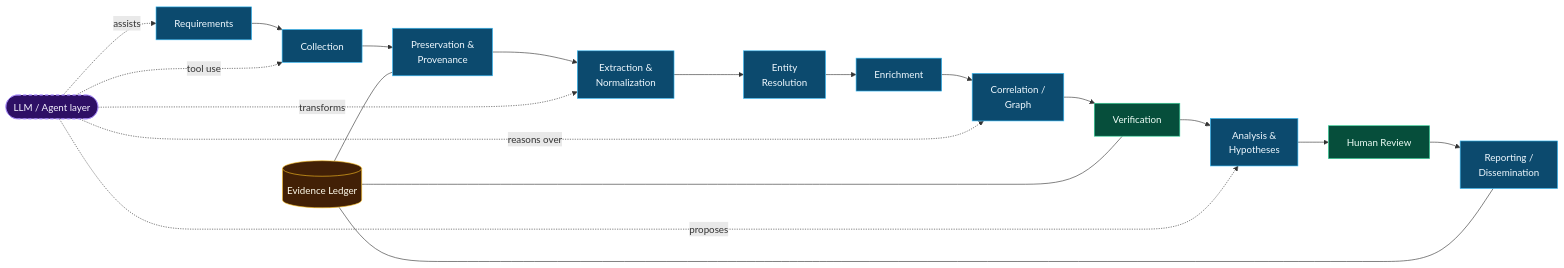
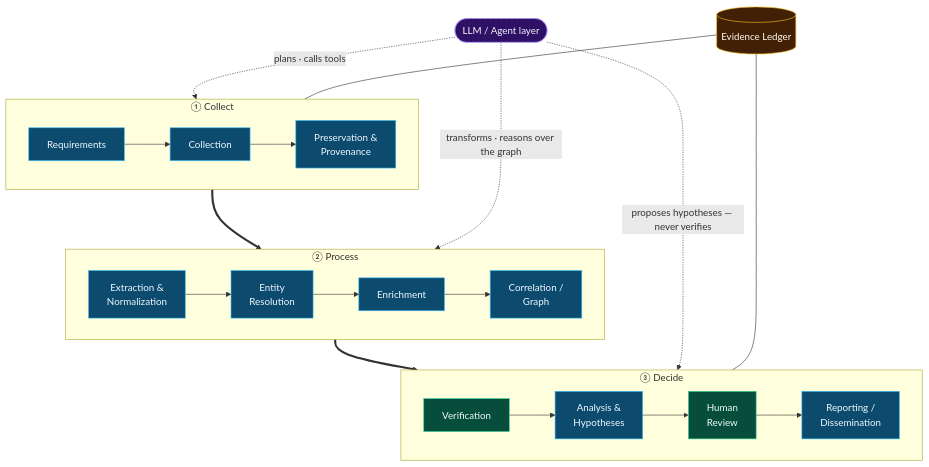
Before and after one commit to Ridd1kulusC0d3r/OSINTAI: the first of 2 diagrams in README.md, drawn with Mermaid. The commit also changed other lines of this file, not shown here.

Commit message:
docs: make README diagrams compact and readable
Stack the intelligence cycle into Collect / Process / Decide rows and lay
the reference architecture out as evidence plane, model plane and
decision gate, so neither diagram shrinks to unreadable size on GitHub.

Claude-Session: https://claude.ai/code/session_01TND1Qa4ZyLfgUNNZA5n7Tp

````diff
--- a/README.md
+++ b/README.md
@@ -74,32 +74,33 @@
 ```mermaid
-flowchart LR
-    A[Requirements] --> B[Collection]
-    B --> C[Preservation &<br/>Provenance]
-    C --> D[Extraction &<br/>Normalization]
-    D --> E[Entity<br/>Resolution]
-    E --> F[Enrichment]
-    F --> G[Correlation /<br/>Graph]
-    G --> H[Verification]
-    H --> I[Analysis &<br/>Hypotheses]
-    I --> J[Human Review]
-    J --> K[Reporting /<br/>Dissemination]
+flowchart TB
+    subgraph COLLECT["① Collect"]
+        direction LR
+        A[Requirements] --> B[Collection] --> C[Preservation &<br/>Provenance]
+    end
+    subgraph PROCESS["② Process"]
+        direction LR
+        D[Extraction &<br/>Normalization] --> E[Entity<br/>Resolution] --> F[Enrichment] --> G[Correlation /<br/>Graph]
+    end
+    subgraph DECIDE["③ Decide"]
+        direction LR
+        H[Verification] --> I[Analysis &<br/>Hypotheses] --> J[Human<br/>Review] --> K[Reporting /<br/>Dissemination]
+    end
 
-    L([LLM / Agent layer]) -. assists .-> A
-    L -. tool use .-> B
-    L -. transforms .-> D
-    L -. reasons over .-> G
-    L -. proposes .-> I
+    COLLECT ==> PROCESS ==> DECIDE
 
-    M[(Evidence Ledger)] --- C
-    M --- H
-    M --- K
+    L([LLM / Agent layer]) -. "plans · calls tools" .-> COLLECT
+    L -. "transforms · reasons over the graph" .-> PROCESS
+    L -. "proposes hypotheses — never verifies" .-> DECIDE
+
+    M[(Evidence Ledger)] --- COLLECT
+    M --- DECIDE
 
     classDef cycle fill:#0c4a6e,stroke:#38bdf8,color:#f0f9ff
     classDef human fill:#064e3b,stroke:#34d399,color:#ecfdf5
     classDef model fill:#2e1065,stroke:#a78bfa,color:#f5f3ff,stroke-dasharray:5 4
     classDef ledger fill:#422006,stroke:#fbbf24,color:#fffbeb
     class A,B,C,D,E,F,G,I,K cycle
     class H,J human
     class L model
     class M ledger
 ```
````
